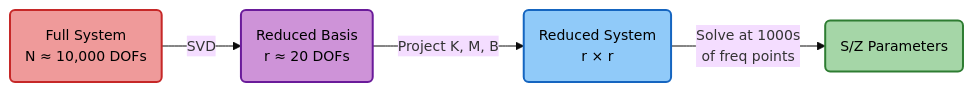
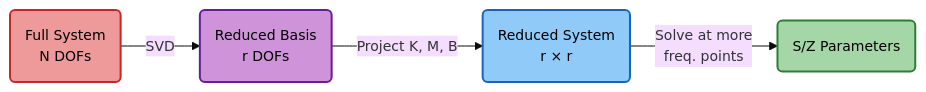
One commit to Dark-Elektron/cavsim3d changed the first of 3 diagrams in docs/theory.md. Above: the diagram before and after it, drawn with Mermaid. The commit also changed other lines of this file and 3 other files, not shown here.

````diff
--- a/docs/theory.md
+++ b/docs/theory.md
@@ -510,11 +625,11 @@
 ```mermaid
 %%{init: {'theme': 'base', 'themeVariables': {'fontSize': '14px'}}}%%
 graph LR
-    A("Full System<br/>N ≈ 10,000 DOFs"):::full -->|"SVD"| B("Reduced Basis<br/>r ≈ 20 DOFs"):::basis
+    A("Full System<br/>N DOFs"):::full -->|"SVD"| B("Reduced Basis<br/>r DOFs"):::basis
     B -->|"Project K, M, B"| C("Reduced System<br/>r × r"):::reduced
-    C -->|"Solve at 1000s<br/>of freq points"| D("S/Z Parameters"):::result
+    C -->|"Solve at more<br/>freq. points"| D("S/Z Parameters"):::result
     classDef full fill:#ef9a9a,stroke:#c62828,stroke-width:2px,color:#000
     classDef basis fill:#ce93d8,stroke:#6a1b9a,stroke-width:2px,color:#000
     classDef reduced fill:#90caf9,stroke:#1565c0,stroke-width:2px,color:#000
     classDef result fill:#a5d6a7,stroke:#2e7d32,stroke-width:2px,color:#000
 ```
````
